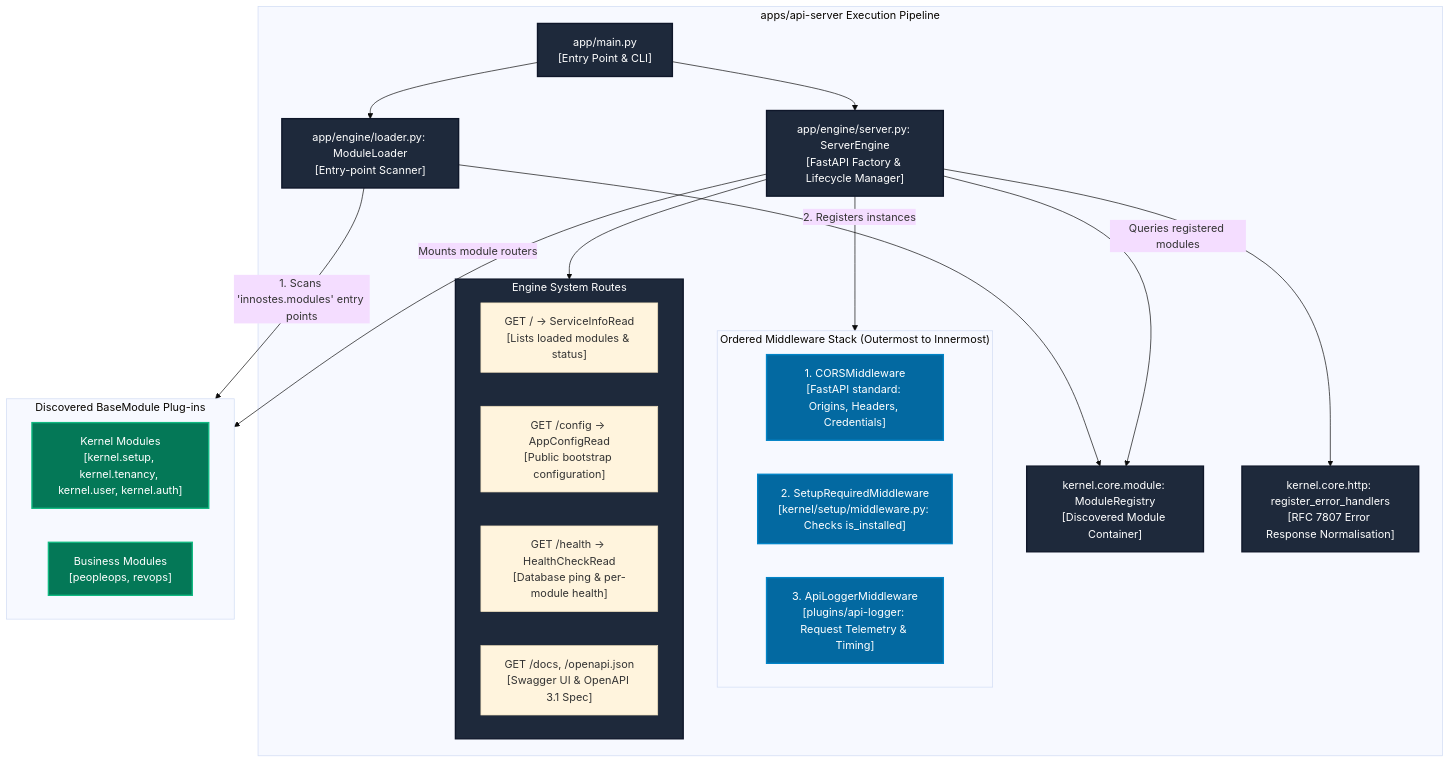
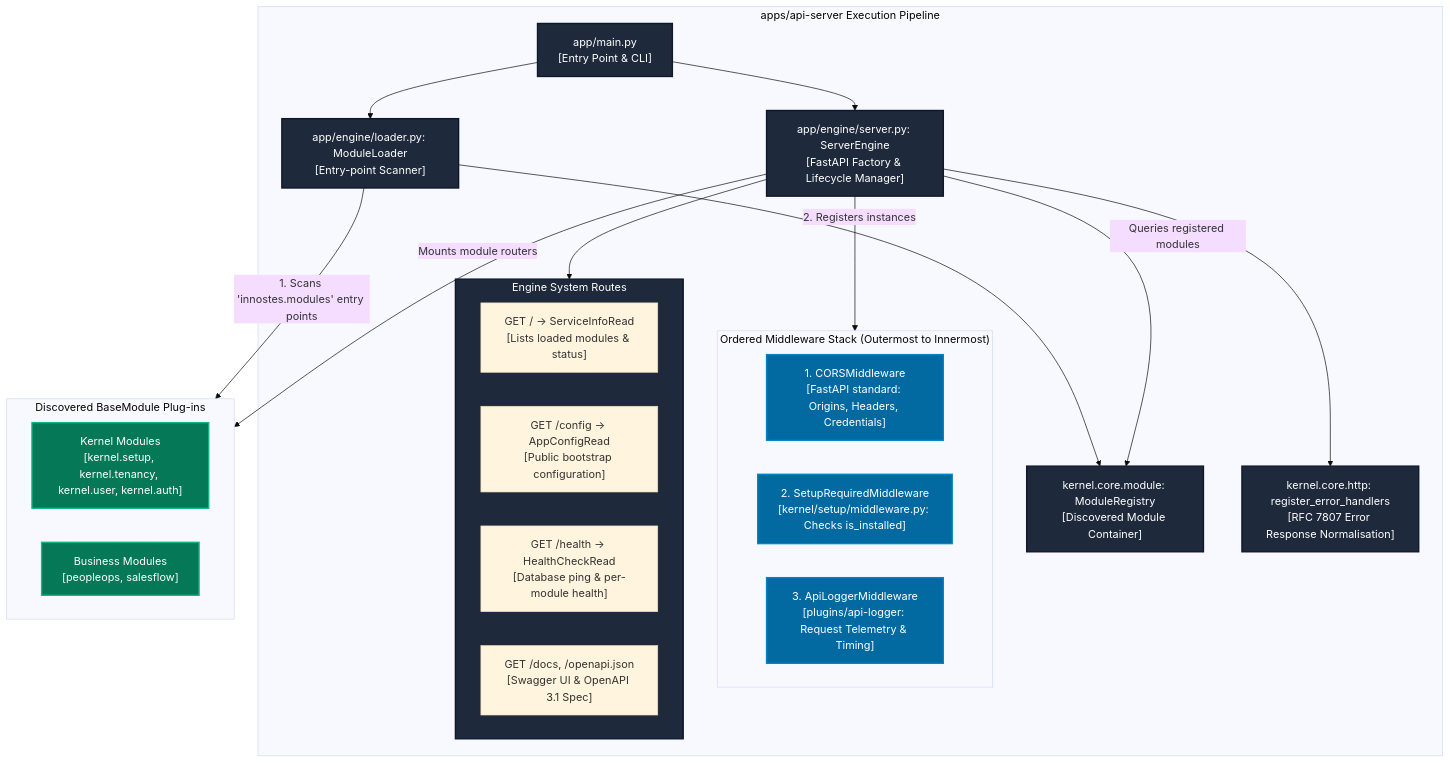
One commit to innostes-dev/erp changed the second of 4 diagrams in apps/landing/content/dev-docs/architecture/building-blocks.mdx. Above: the diagram before and after it, drawn with Mermaid (base theme). The commit also changed other lines of this file and 94 other files, not shown here.

Commit message:
refactor(modules): rename CRM module from revops to salesflow across platform and docs

````diff
--- a/apps/landing/content/dev-docs/architecture/building-blocks.mdx
+++ b/apps/landing/content/dev-docs/architecture/building-blocks.mdx
@@ -72,47 +72,47 @@
 ```mermaid
 flowchart TD
   subgraph ApiServerEngine["apps/api-server Execution Pipeline"]
     ServerMain["app/main.py\n[Entry Point & CLI]"]
     ServerEngine["app/engine/server.py: ServerEngine\n[FastAPI Factory & Lifecycle Manager]"]
     ModuleLoader["app/engine/loader.py: ModuleLoader\n[Entry-point Scanner]"]
     ModuleRegistry["kernel.core.module: ModuleRegistry\n[Discovered Module Container]"]
     
     subgraph MiddlewareStack["Ordered Middleware Stack (Outermost to Innermost)"]
       CorsMid["1. CORSMiddleware\n[FastAPI standard: Origins, Headers, Credentials]"]
       SetupMid["2. SetupRequiredMiddleware\n[kernel/setup/middleware.py: Checks is_installed]"]
       ApiLoggerMid["3. ApiLoggerMiddleware\n[plugins/api-logger: Request Telemetry & Timing]"]
     end
 
     subgraph SystemEndpoints["Engine System Routes"]
       RootRoute["GET / -> ServiceInfoRead\n[Lists loaded modules & status]"]
       ConfigRoute["GET /config -> AppConfigRead\n[Public bootstrap configuration]"]
       HealthRoute["GET /health -> HealthCheckRead\n[Database ping & per-module health]"]
       DocsRoute["GET /docs, /openapi.json\n[Swagger UI & OpenAPI 3.1 Spec]"]
     end
     
     ErrorHandlers["kernel.core.http: register_error_handlers\n[RFC 7807 Error Response Normalisation]"]
   end
 
   subgraph DiscoveredModules["Discovered BaseModule Plug-ins"]
     KernelModules["Kernel Modules\n[kernel.setup, kernel.tenancy, kernel.user, kernel.auth]"]
-    BusinessModules["Business Modules\n[peopleops, revops]"]
+    BusinessModules["Business Modules\n[peopleops, salesflow]"]
   end
 
   ServerMain --> ServerEngine
   ServerMain --> ModuleLoader
   ModuleLoader -- "1. Scans 'innostes.modules' entry points" --> DiscoveredModules
   ModuleLoader -- "2. Registers instances" --> ModuleRegistry
   ServerEngine -- "Queries registered modules" --> ModuleRegistry
   ServerEngine --> MiddlewareStack
   ServerEngine --> ErrorHandlers
   ServerEngine --> SystemEndpoints
   ServerEngine -- "Mounts module routers" --> DiscoveredModules
 
   classDef engine fill:#1e293b,stroke:#0f172a,stroke-width:2px,color:#ffffff;
   classDef mid fill:#0369a1,stroke:#0284c7,stroke-width:2px,color:#ffffff;
   classDef mod fill:#047857,stroke:#10b981,stroke-width:2px,color:#ffffff;
 
   class ServerMain,ServerEngine,ModuleLoader,ModuleRegistry,ErrorHandlers,SystemEndpoints engine;
   class CorsMid,SetupMid,ApiLoggerMid mid;
   class KernelModules,BusinessModules mod;
 ```
````
